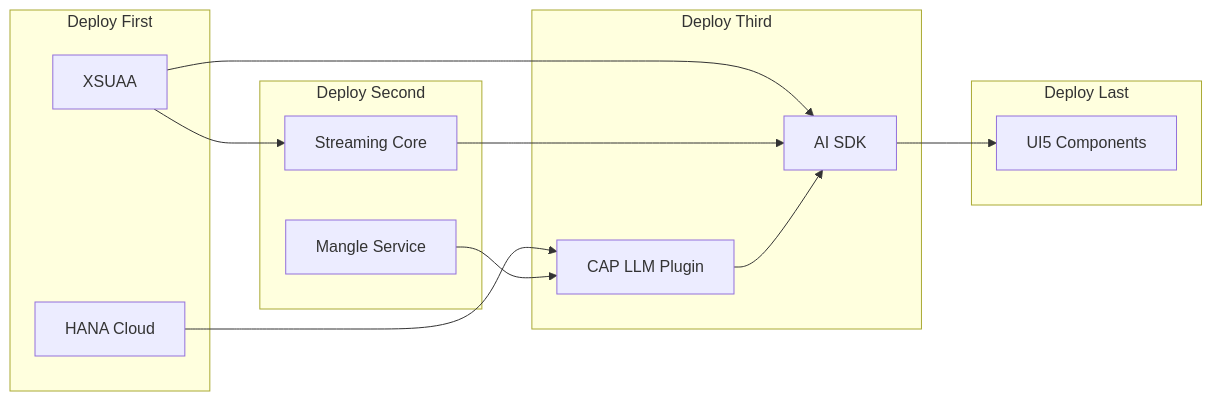
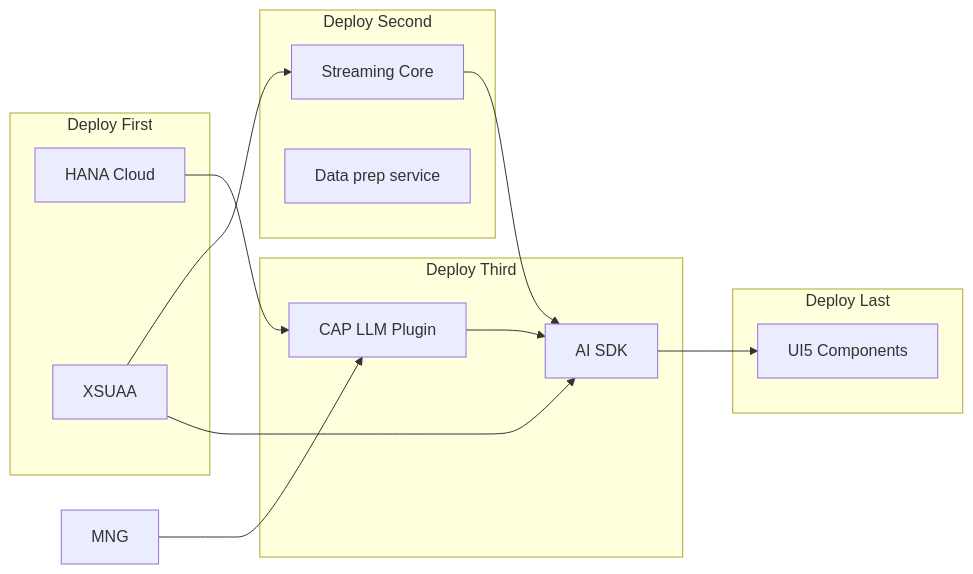
The sixth of 7 diagrams in docs/business-briefs/02-component-mapping.md (GJKarthik/sap-oss-v1), drawn with Mermaid before and after one commit. The commit also changed other lines of this file and 2548 other files, not shown here.

````diff
--- a/docs/business-briefs/02-component-mapping.md
+++ b/docs/business-briefs/02-component-mapping.md
@@ -251,29 +251,29 @@
 ```mermaid
 flowchart LR
     subgraph Foundation["Deploy First"]
         HANA["HANA Cloud"]
         XSUAA["XSUAA"]
     end
     
     subgraph Core["Deploy Second"]
         STR["Streaming Core"]
-        MNG["Mangle Service"]
+        DP["Data prep service"]
     end
     
     subgraph Services["Deploy Third"]
         CAP["CAP LLM Plugin"]
         SDK["AI SDK"]
     end
     
     subgraph Frontend["Deploy Last"]
         UI["UI5 Components"]
     end
     
     HANA --> CAP
     XSUAA --> STR
     XSUAA --> SDK
     STR --> SDK
     MNG --> CAP
     CAP --> SDK
     SDK --> UI
 ```
````
